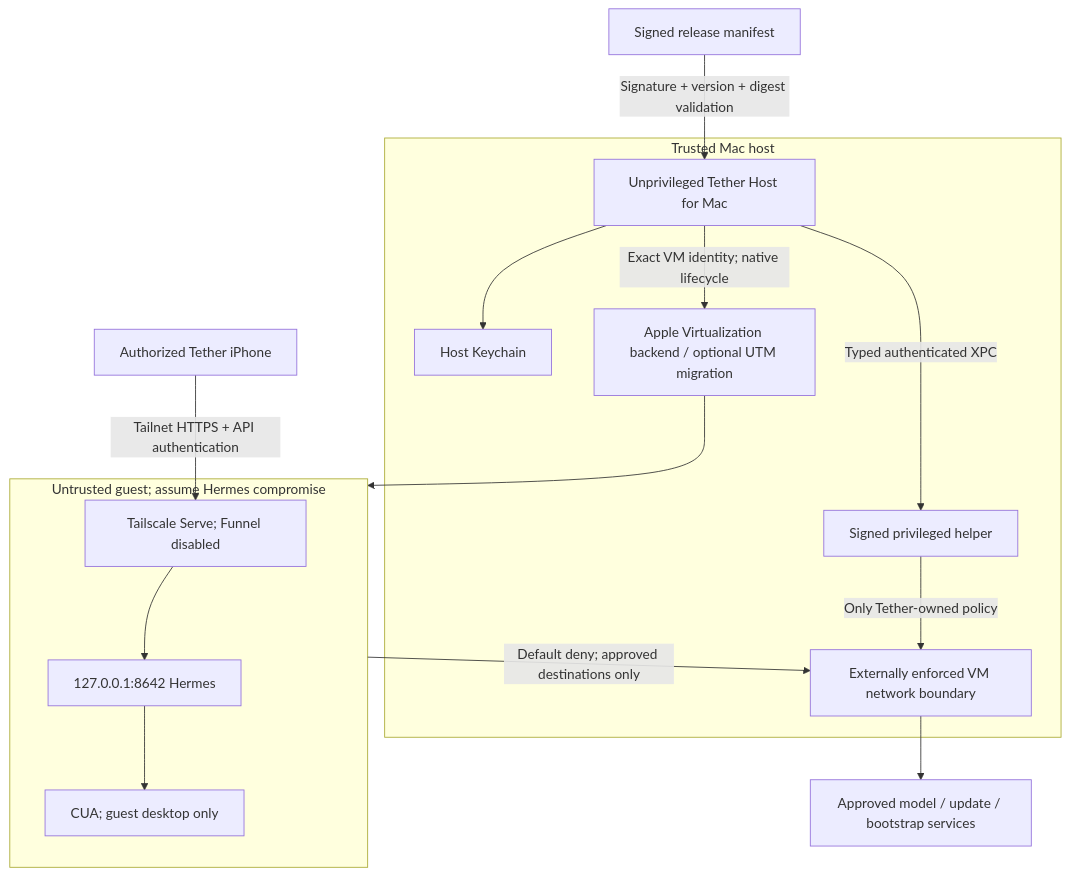
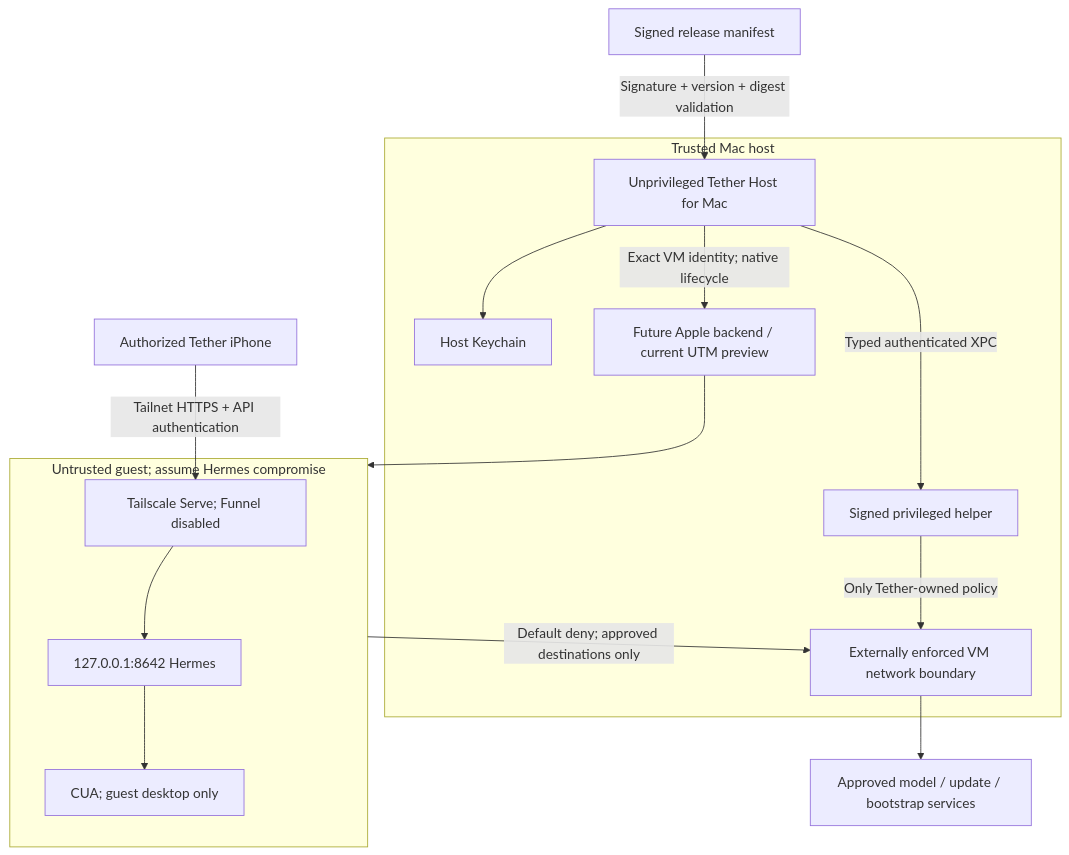
Before and after one commit to sladebot/Tether-Host: the diagram in docs/tether-host-architecture.md, drawn with Mermaid. The commit also changed other lines of this file and 42 other files, not shown here.

````diff
--- a/docs/tether-host-architecture.md
+++ b/docs/tether-host-architecture.md
@@ -62,25 +64,25 @@
 ```mermaid
 flowchart TB
     Phone[Authorized Tether iPhone] -->|Tailnet HTTPS + API authentication|Serve
     subgraph Host[Trusted Mac host]
       GUI[Unprivileged Tether Host for Mac]
       KC[Host Keychain]
       Helper[Signed privileged helper]
       Policy[Externally enforced VM network boundary]
-      VM[Apple Virtualization backend / optional UTM migration]
+      VM[Future Apple backend / current UTM preview]
       GUI --> KC
       GUI -->|Typed authenticated XPC|Helper
       Helper -->|Only Tether-owned policy|Policy
       GUI -->|Exact VM identity; native lifecycle|VM
     end
     subgraph Guest[Untrusted guest; assume Hermes compromise]
       Serve[Tailscale Serve; Funnel disabled]
       Hermes[127.0.0.1:8642 Hermes]
       CUA[CUA; guest desktop only]
       Serve --> Hermes --> CUA
     end
     VM --> Guest
     Guest -->|Default deny; approved destinations only|Policy
     Policy --> Providers[Approved model / update / bootstrap services]
     Manifest[Signed release manifest] -->|Signature + version + digest validation|GUI
 ```
````
